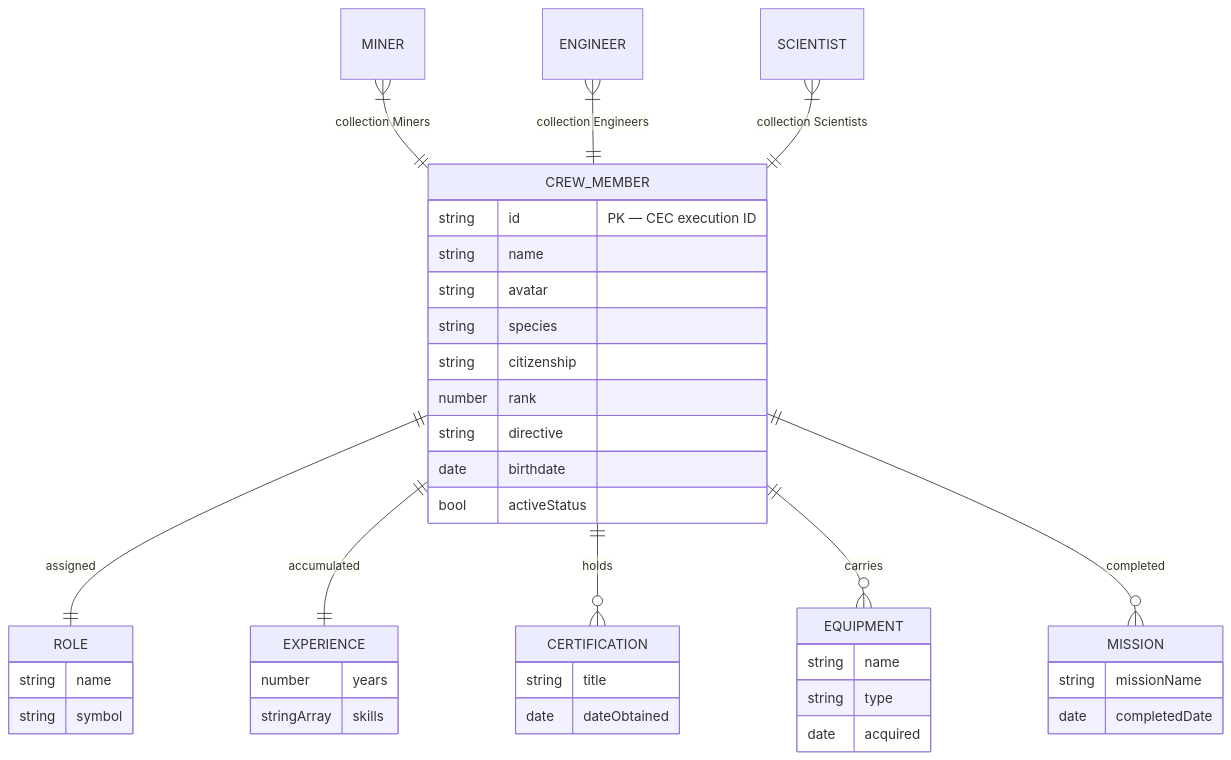
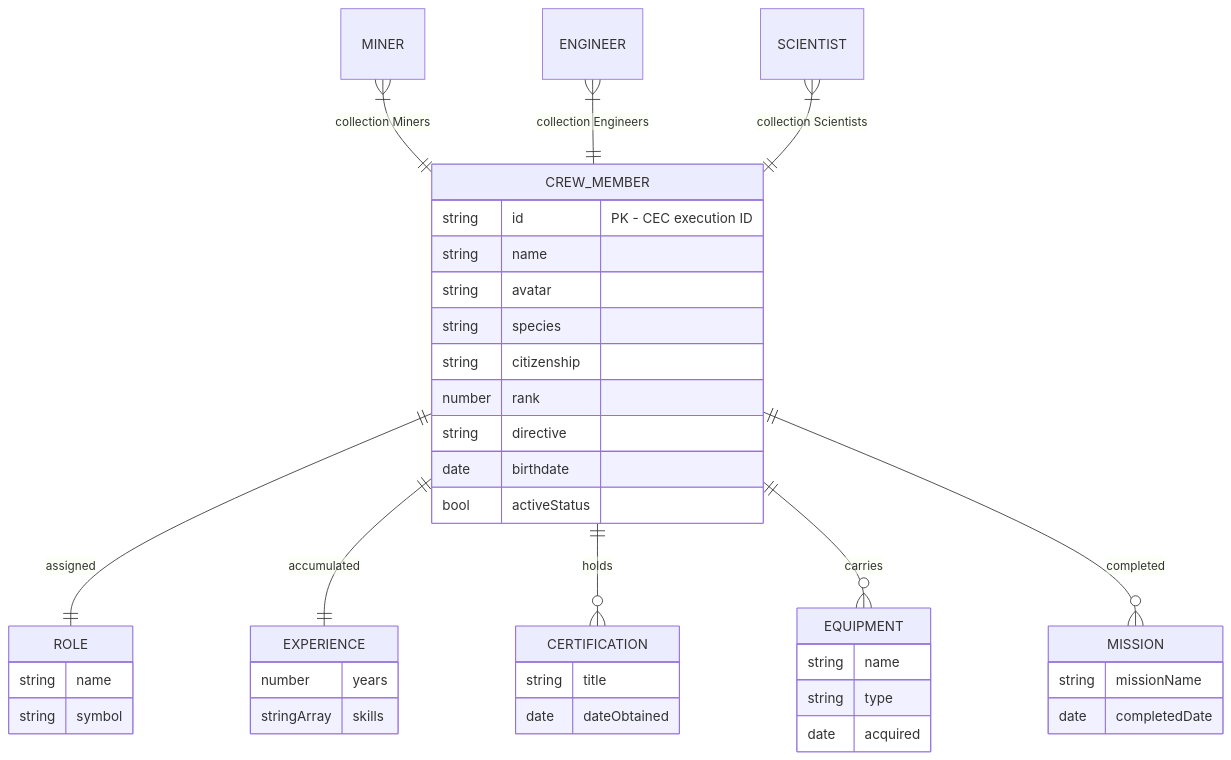
Before and after one commit to ChewBaccaYeti/DS_API: the second of 3 diagrams in README.md, drawn with Mermaid. The commit also changed other lines of this file and 12 other files, not shown here.

````diff
--- a/README.md
+++ b/README.md
@@ -212,29 +212,29 @@
 ```mermaid
 erDiagram
     CREW_MEMBER ||--|| ROLE : "assigned"
     CREW_MEMBER ||--|| EXPERIENCE : "accumulated"
     CREW_MEMBER ||--o{ CERTIFICATION : "holds"
     CREW_MEMBER ||--o{ EQUIPMENT : "carries"
     CREW_MEMBER ||--o{ MISSION : "completed"
 
     MINER  }|--|| CREW_MEMBER : "collection Miners"
     ENGINEER }|--|| CREW_MEMBER : "collection Engineers"
     SCIENTIST }|--|| CREW_MEMBER : "collection Scientists"
 
     CREW_MEMBER {
-        string id            "PK — CEC execution ID"
+        string id            "PK - CEC execution ID"
         string name
         string avatar
         string species
         string citizenship
         number rank
         string directive
         date   birthdate
         bool   activeStatus
     }
     ROLE          { string name  string symbol }
     EXPERIENCE    { number years stringArray skills }
     CERTIFICATION { string title date dateObtained }
     EQUIPMENT     { string name  string type date acquired }
     MISSION       { string missionName date completedDate }
 ```
````
